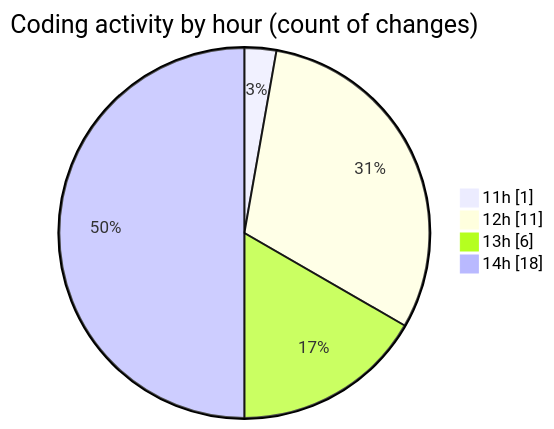
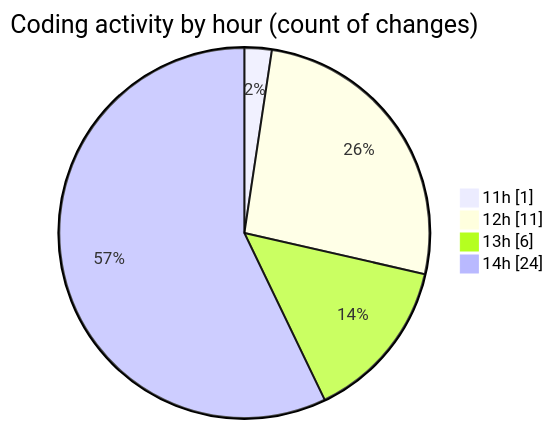
Before and after one commit to momahboobian/code-tracking: the second of 2 diagrams in 2026-03-24/cda/README.md, drawn with Mermaid. The commit also changed other lines of this file and 1 other file, not shown here.

````diff
--- a/2026-03-24/cda/README.md
+++ b/2026-03-24/cda/README.md
@@ -38,8 +38,8 @@
 ```mermaid
 pie showData
 title Coding activity by hour (count of changes)
 "11h" : 1
 "12h" : 11
 "13h" : 6
-"14h" : 18
+"14h" : 24
 ```
````
